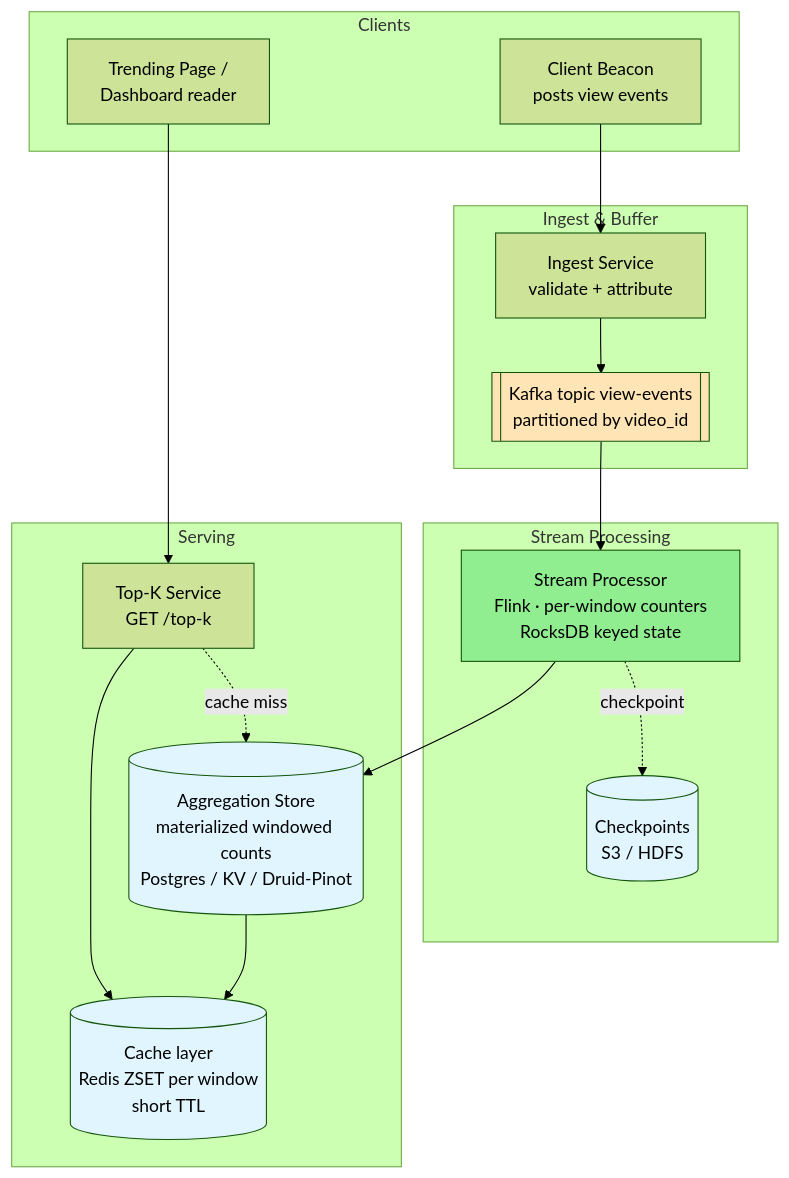
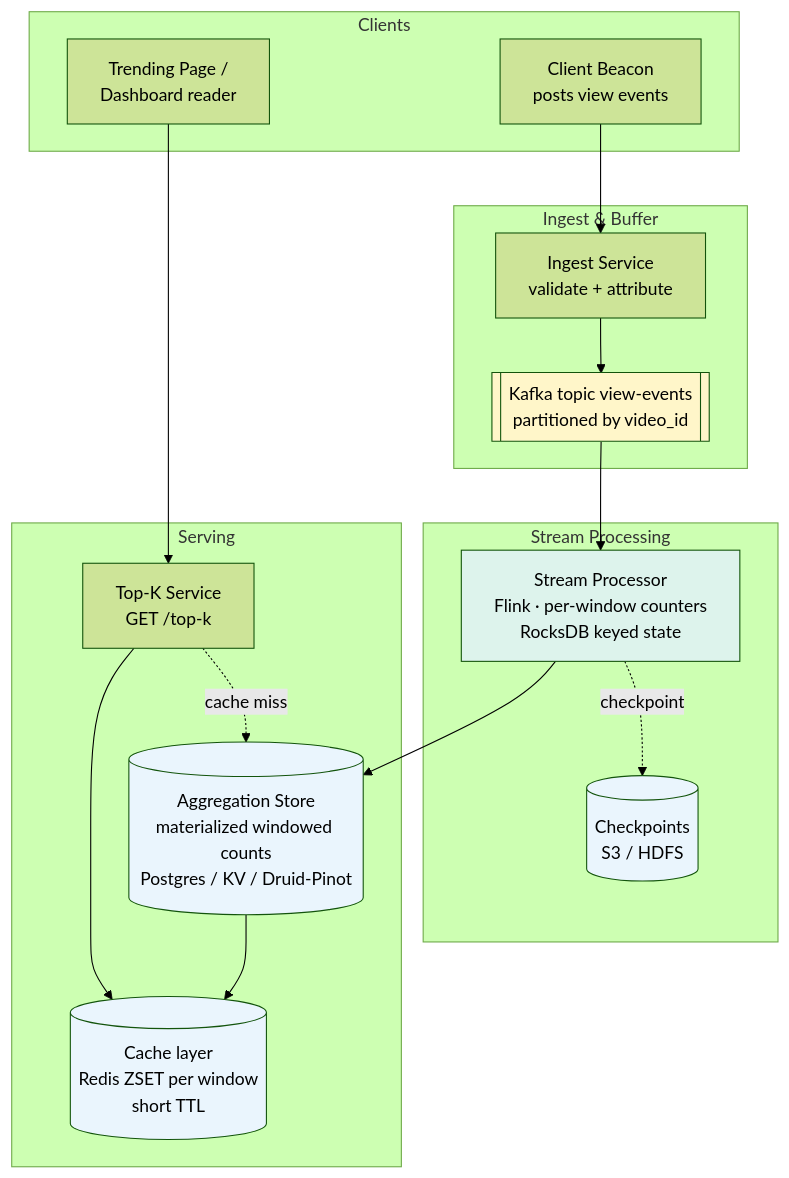
Before and after one commit to cartmancodes/InterviewVault: the first of 6 diagrams in LLD/questions/Design YouTube Top K.md, drawn with Mermaid (forest theme). The commit also changed other lines of this file and 679 other files, not shown here.

Commit message:
Unify content diagrams and add accessible visual walkthroughs

````diff
--- a/LLD/questions/Design YouTube Top K.md
+++ b/LLD/questions/Design YouTube Top K.md
@@ -122,39 +122,39 @@
 ```mermaid
 graph TB
     subgraph Clients
         BEACON[Client Beacon<br/>posts view events]
         READER[Trending Page /<br/>Dashboard reader]
     end
 
     subgraph "Ingest & Buffer"
         INGEST[Ingest Service<br/>validate + attribute]
         KAFKA[[Kafka topic view-events<br/>partitioned by video_id]]
     end
 
     subgraph "Stream Processing"
         FLINK[Stream Processor<br/>Flink · per-window counters<br/>RocksDB keyed state]
         CKPT[(Checkpoints<br/>S3 / HDFS)]
     end
 
     subgraph "Serving"
         STORE[(Aggregation Store<br/>materialized windowed counts<br/>Postgres / KV / Druid-Pinot)]
         CACHE[(Cache layer<br/>Redis ZSET per window<br/>short TTL)]
         TOPK[Top-K Service<br/>GET /top-k]
     end
 
     BEACON --> INGEST
     INGEST --> KAFKA
     KAFKA --> FLINK
     FLINK -.checkpoint.-> CKPT
     FLINK --> STORE
     STORE --> CACHE
     READER --> TOPK
     TOPK --> CACHE
     TOPK -.cache miss.-> STORE
 
-    style KAFKA fill:#FFE4B5
-    style FLINK fill:#90EE90
-    style STORE fill:#e1f5ff
-    style CACHE fill:#e1f5ff
-    style CKPT fill:#e1f5ff
+    style KAFKA fill:#FFF6C9
+    style FLINK fill:#DDF3EC
+    style STORE fill:#EAF5FD
+    style CACHE fill:#EAF5FD
+    style CKPT fill:#EAF5FD
 ```
````
